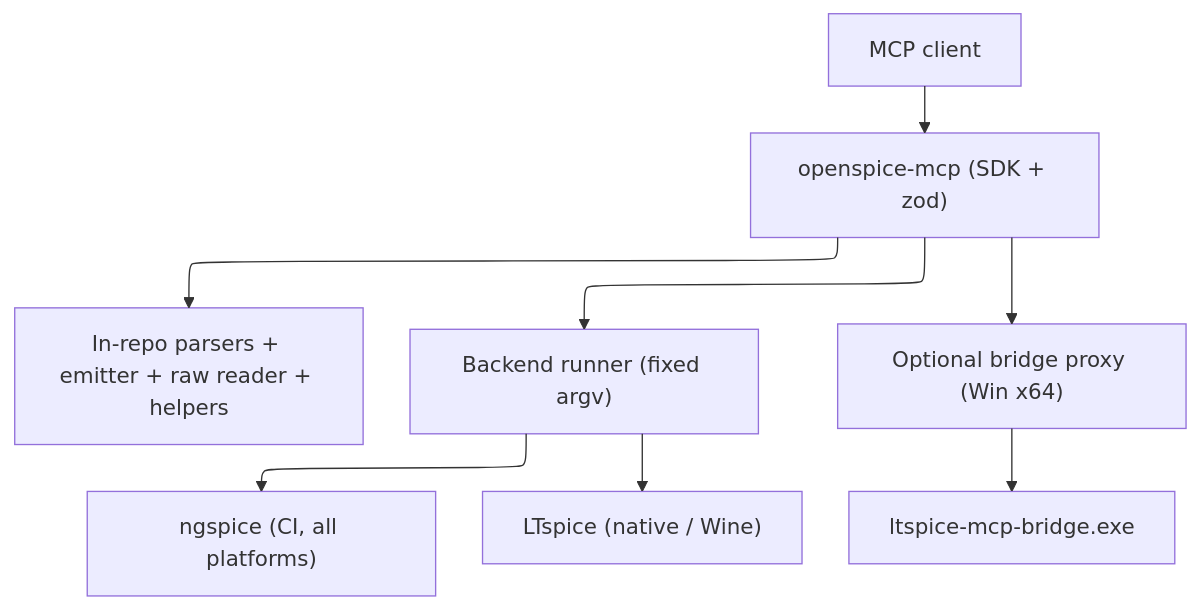
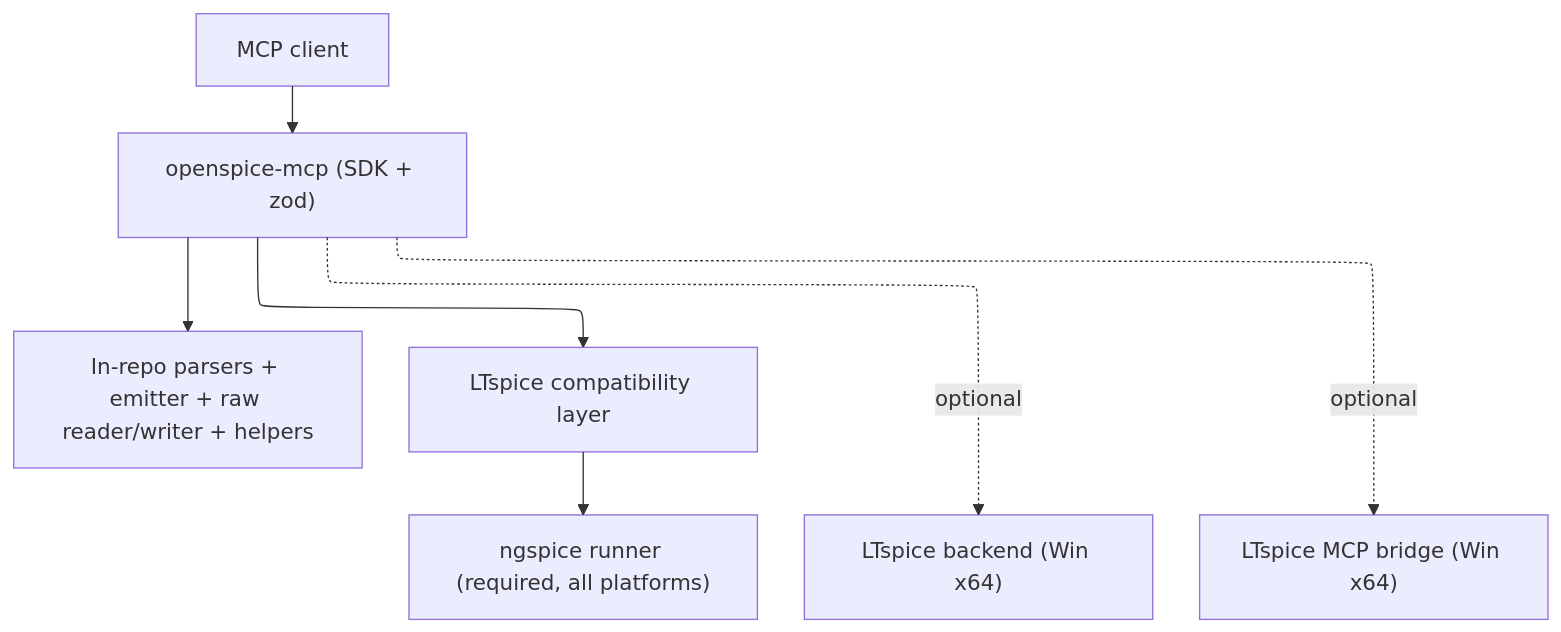
The diagram in .kiro/steering/tech.md (sohampatwardhan/openspice-mcp), drawn with Mermaid before and after one commit. The commit also changed other lines of this file and 4 other files, not shown here.

First line of the commit message:
docs(spec): make ngspice the sole engine with LTspice file fidelity

````diff
--- a/.kiro/steering/tech.md
+++ b/.kiro/steering/tech.md
@@ -37,14 +38,13 @@
 ```mermaid
 ---
 config:
   layout: elk
 ---
 flowchart TB
   client["MCP client"] --> server["openspice-mcp (SDK + zod)"]
-  server --> engine["In-repo parsers + emitter + raw reader + helpers"]
-  server --> runner["Backend runner (fixed argv)"]
-  server --> bridge["Optional bridge proxy (Win x64)"]
-  runner --> ng["ngspice (CI, all platforms)"]
-  runner --> lt["LTspice (native / Wine)"]
-  bridge --> bexe["ltspice-mcp-bridge.exe"]
+  server --> engine["In-repo parsers + emitter + raw reader/writer + helpers"]
+  server --> compat["LTspice compatibility layer"]
+  compat --> runner["ngspice runner (required, all platforms)"]
+  server -. optional .-> lt["LTspice backend (Win x64)"]
+  server -. optional .-> bridge["LTspice MCP bridge (Win x64)"]
 ```
````
